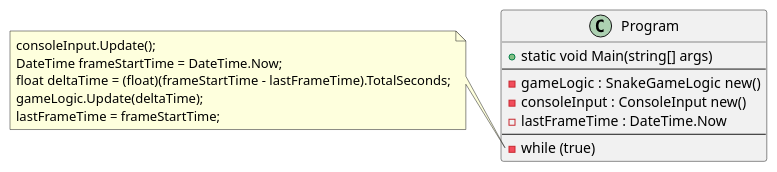
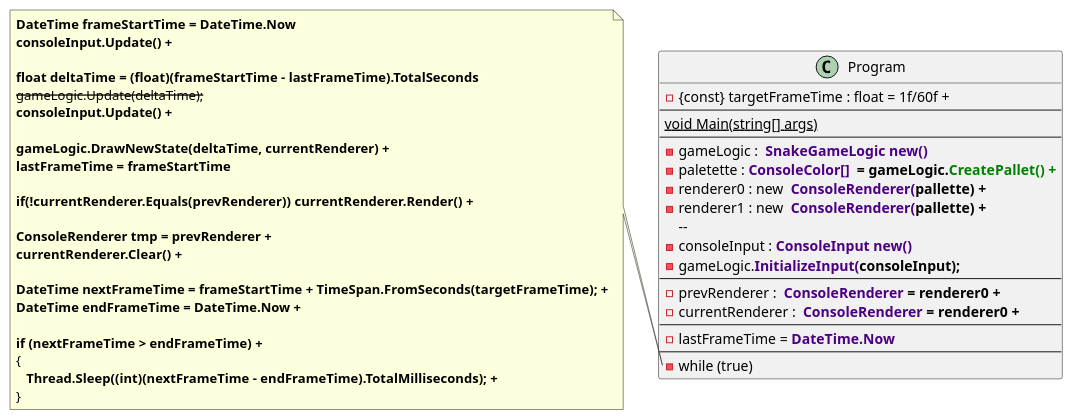
One commit to vadimvatsenko/Snake_Console changed the diagram in Snake_Console/Diagramm/Program.puml. Above: the diagram before and after it, drawn with PlantUML. The commit also changed 5 other files, not shown here.

Commit message:
Edit diagram

```diff
--- a/Snake_Console/Diagramm/Program.puml
+++ b/Snake_Console/Diagramm/Program.puml
@@ -1,21 +1,49 @@
 @startuml
 
 class Program
 {
-    + static void Main(string[] args) 
+    - {const} targetFrameTime : float = 1f/60f +
     --
-    - gameLogic :  SnakeGameLogic new()
-    - consoleInput : ConsoleInput new()
-    - lastFrameTime : DateTime.Now
+    --{static} void Main(string[] args)-- 
+    --
+    - gameLogic :  <color:indigo><b>SnakeGameLogic new()
+    - paletette : <color:indigo><b>ConsoleColor[] <color:black> = gameLogic.<color:green>CreatePallet() +
+    - renderer0 : new <color:indigo><b> ConsoleRenderer(<color:black>pallette) +
+    - renderer1 : new <color:indigo><b> ConsoleRenderer(<color:black>pallette) +
+    -- 
+    - consoleInput : <color:indigo><b>ConsoleInput new()
+    - gameLogic.<color:indigo><b>InitializeInput(<color:black>consoleInput);
+    --
+    - prevRenderer : <color:indigo><b> ConsoleRenderer <color:black>= renderer0 +
+    - currentRenderer : <color:indigo><b> ConsoleRenderer <color:black>= renderer0 +
+    --
+    - lastFrameTime = <color:indigo><b>DateTime.Now
     --
     - while (true)    
 }
 
 note left of Program::while
-consoleInput.Update();
-DateTime frameStartTime = DateTime.Now;            
-float deltaTime = (float)(frameStartTime - lastFrameTime).TotalSeconds;
-gameLogic.Update(deltaTime);
-lastFrameTime = frameStartTime;
+<b>DateTime frameStartTime = DateTime.Now
+<b>consoleInput.Update() +
+             
+<b>float deltaTime = (float)(frameStartTime - lastFrameTime).TotalSeconds
+<s>gameLogic.Update(deltaTime);          
+<b>consoleInput.Update() +
+
+<b>gameLogic.DrawNewState(deltaTime, currentRenderer) +
+<b>lastFrameTime = frameStartTime
+             
+<b>if(!currentRenderer.Equals(prevRenderer)) currentRenderer.Render() +
+ 
+<b>ConsoleRenderer tmp = prevRenderer +
+<b>currentRenderer.Clear() +
+             
+<b>DateTime nextFrameTime = frameStartTime + TimeSpan.FromSeconds(targetFrameTime); +
+<b>DateTime endFrameTime = DateTime.Now +
+  
+<b>if (nextFrameTime > endFrameTime) +
+{
+   <b>Thread.Sleep((int)(nextFrameTime - endFrameTime).TotalMilliseconds); +
+}
 end note
 @enduml
```
